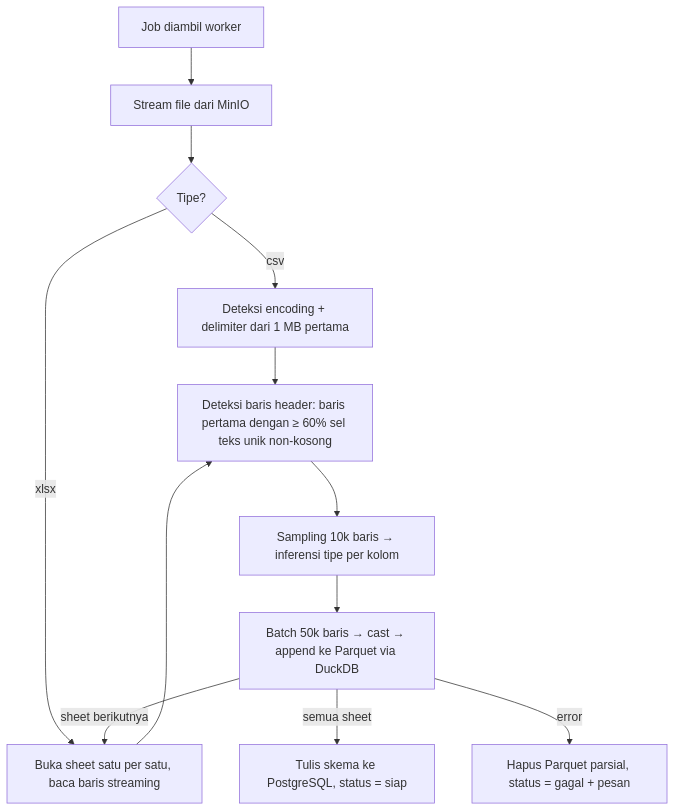
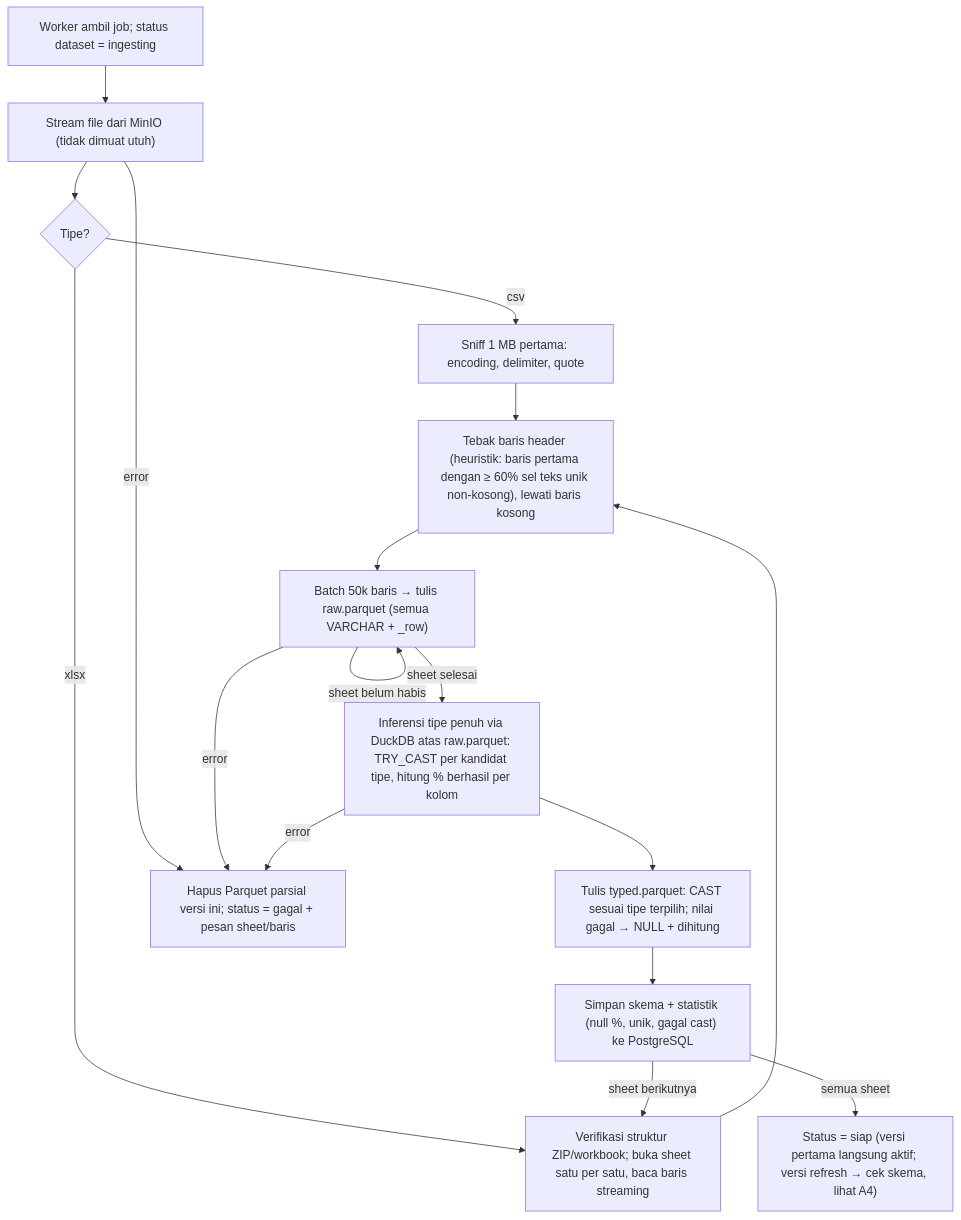
The eighth of 9 diagrams in docs/flow-kerja.md (anas-fikri/data-dashboard), drawn with Mermaid before and after one commit. The commit also changed other lines of this file and 10 other files, not shown here.

Commit message:
docs: revisi 2 flow kerja — koreksi refresh, validasi CSV, raw+typed Parquet, cache per versi; tambah T-018 admin pengguna

````diff
--- a/docs/flow-kerja.md
+++ b/docs/flow-kerja.md
@@ -136,14 +188,19 @@
 ```mermaid
 flowchart TD
-  J[Job diambil worker] --> ST[Stream file dari MinIO]
-  ST --> DT{Tipe?}
-  DT -->|csv| CS[Deteksi encoding + delimiter dari 1 MB pertama]
-  DT -->|xlsx| XS[Buka sheet satu per satu, baca baris streaming]
+  J["Worker ambil job; status dataset = ingesting"] --> ST["Stream file dari MinIO (tidak dimuat utuh)"]
+  ST --> DT{"Tipe?"}
+  DT -->|csv| CS["Sniff 1 MB pertama: encoding, delimiter, quote"]
+  DT -->|xlsx| XS["Verifikasi struktur ZIP/workbook; buka sheet satu per satu, baca baris streaming"]
   CS --> HB
-  XS --> HB[Deteksi baris header: baris pertama dengan ≥ 60% sel teks unik non-kosong]
-  HB --> SM[Sampling 10k baris → inferensi tipe per kolom]
-  SM --> BT[Batch 50k baris → cast → append ke Parquet via DuckDB]
-  BT -->|sheet berikutnya| XS
-  BT -->|semua sheet| MD[Tulis skema ke PostgreSQL, status = siap]
-  BT -->|error| CL[Hapus Parquet parsial, status = gagal + pesan]
+  XS --> HB["Tebak baris header (heuristik: baris pertama dengan ≥ 60% sel teks unik non-kosong), lewati baris kosong"]
+  HB --> RW["Batch 50k baris → tulis raw.parquet (semua VARCHAR + _row)"]
+  RW -->|sheet belum habis| RW
+  RW -->|sheet selesai| IF["Inferensi tipe penuh via DuckDB atas raw.parquet: TRY_CAST per kandidat tipe, hitung % berhasil per kolom"]
+  IF --> TP["Tulis typed.parquet: CAST sesuai tipe terpilih; nilai gagal → NULL + dihitung"]
+  TP --> SC["Simpan skema + statistik (null %, unik, gagal cast) ke PostgreSQL"]
+  SC -->|sheet berikutnya| XS
+  SC -->|semua sheet| DN["Status = siap (versi pertama langsung aktif; versi refresh → cek skema, lihat A4)"]
+  ST -->|error| CL
+  RW -->|error| CL
+  IF -->|error| CL["Hapus Parquet parsial versi ini; status = gagal + pesan sheet/baris"]
 ```
````
